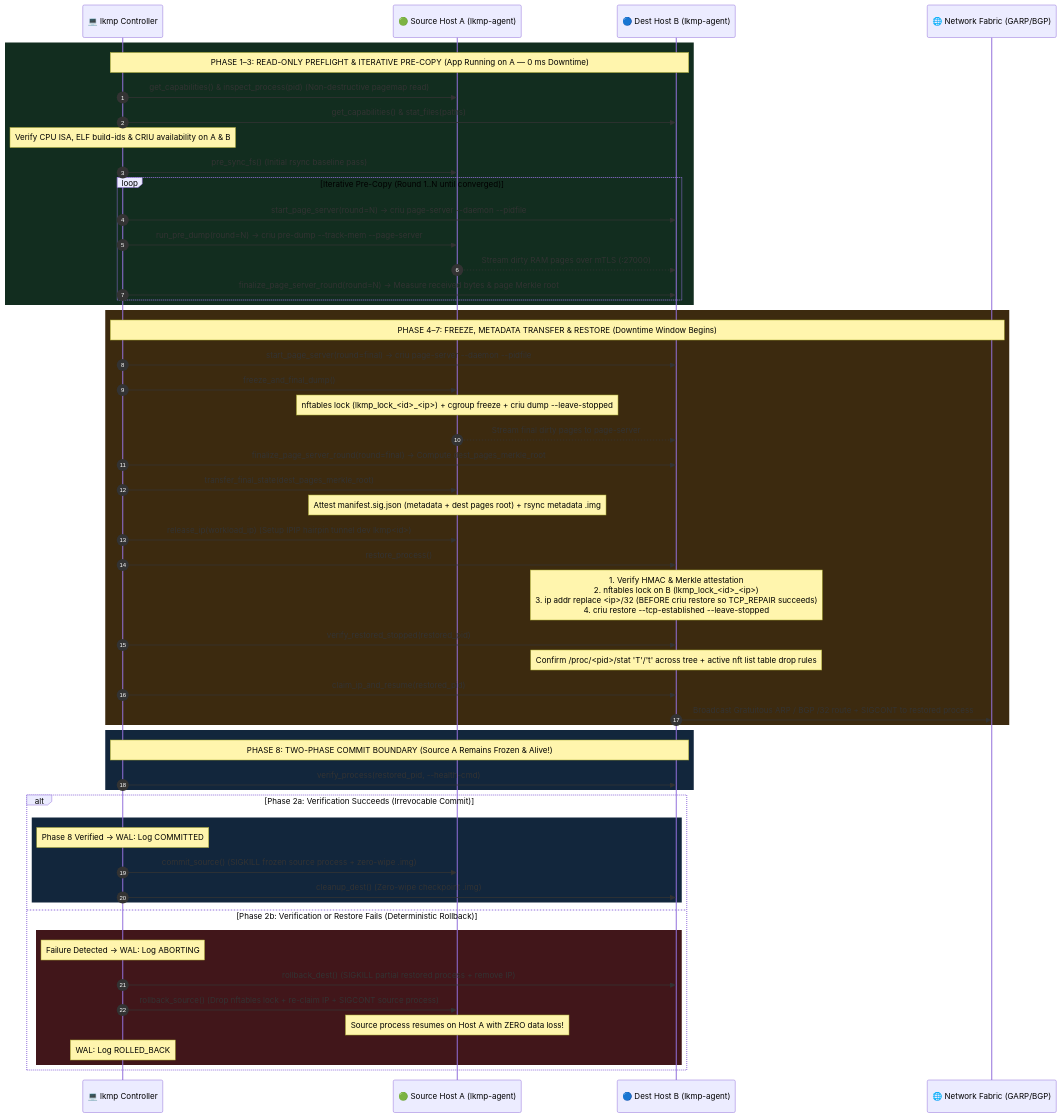
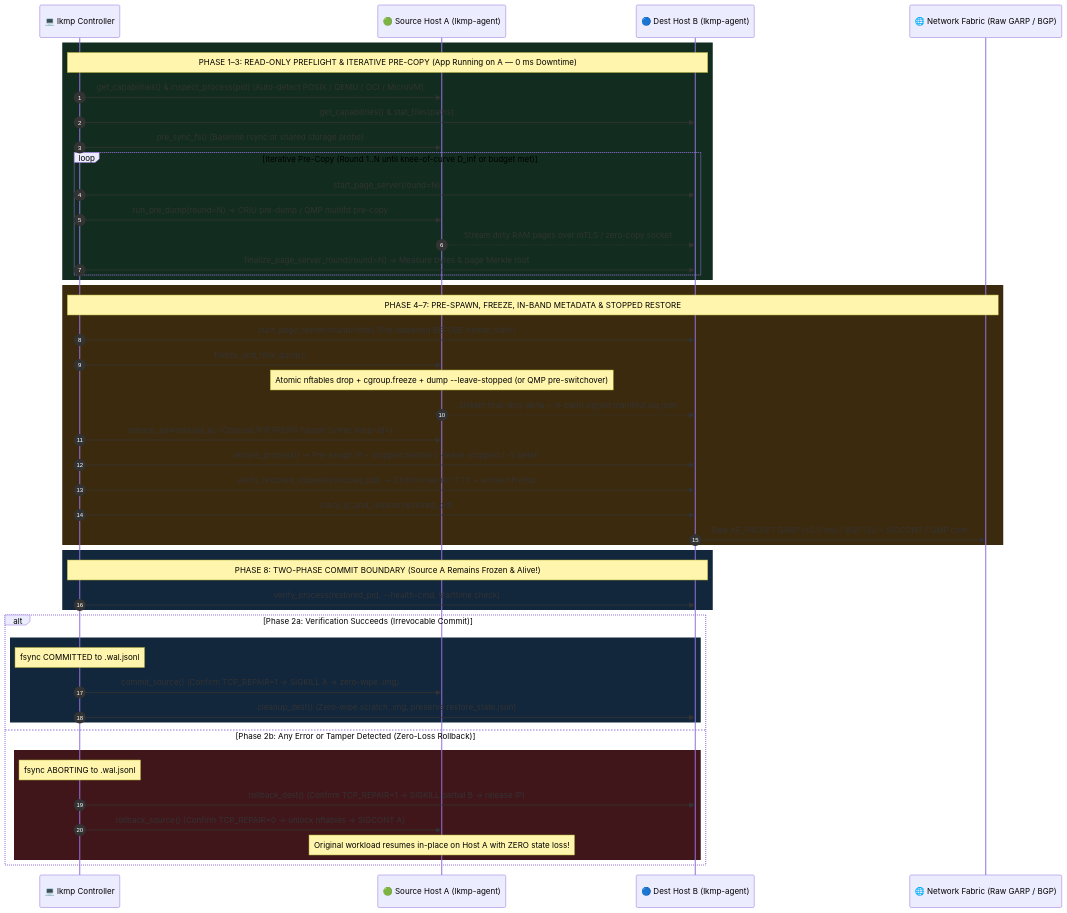
One commit to xsub/LKMP changed the diagram in README.md. Above: the diagram before and after it, drawn with Mermaid. The commit also changed other lines of this file and 9 other files, not shown here.

````diff
--- a/README.md
+++ b/README.md
@@ -122,61 +170,54 @@
 ```mermaid
 sequenceDiagram
     autonumber
     participant CLI as 💻 lkmp Controller
     participant A as 🟢 Source Host A (lkmp-agent)
     participant B as 🔵 Dest Host B (lkmp-agent)
-    participant NET as 🌐 Network Fabric (GARP/BGP)
+    participant NET as 🌐 Network Fabric (Raw GARP / BGP)
 
     rect rgb(18, 45, 31)
     Note over CLI,B: PHASE 1–3: READ-ONLY PREFLIGHT & ITERATIVE PRE-COPY (App Running on A — 0 ms Downtime)
-    CLI->>A: get_capabilities() & inspect_process(pid) (Non-destructive pagemap read)
+    CLI->>A: get_capabilities() & inspect_process(pid) (Auto-detect POSIX / QEMU / OCI / MicroVM)
     CLI->>B: get_capabilities() & stat_files(paths)
-    Note over CLI: Verify CPU ISA, ELF build-ids & CRIU availability on A & B
-    CLI->>A: pre_sync_fs() (Initial rsync baseline pass)
-    loop Iterative Pre-Copy (Round 1..N until converged)
-        CLI->>B: start_page_server(round=N) -> criu page-server --daemon --pidfile
-        CLI->>A: run_pre_dump(round=N) -> criu pre-dump --track-mem --page-server
-        A-->>B: Stream dirty RAM pages over mTLS (:27000)
-        CLI->>B: finalize_page_server_round(round=N) -> Measure received bytes & page Merkle root
+    CLI->>A: pre_sync_fs() (Baseline rsync or shared storage probe)
+    loop Iterative Pre-Copy (Round 1..N until knee-of-curve D_inf or budget met)
+        CLI->>B: start_page_server(round=N)
+        CLI->>A: run_pre_dump(round=N) -> CRIU pre-dump / QMP multifd pre-copy
+        A-->>B: Stream dirty RAM pages over mTLS / zero-copy socket
+        CLI->>B: finalize_page_server_round(round=N) -> Measure bytes & page Merkle root
     end
     end
 
     rect rgb(60, 42, 15)
-    Note over CLI,NET: PHASE 4–7: FREEZE, METADATA TRANSFER & RESTORE (Downtime Window Begins)
-    CLI->>B: start_page_server(round=final) -> criu page-server --daemon --pidfile
+    Note over CLI,NET: PHASE 4–7: PRE-SPAWN, FREEZE, IN-BAND METADATA & STOPPED RESTORE
+    CLI->>B: start_page_server(round=final) (Pre-spawned BEFORE freeze_start!)
     CLI->>A: freeze_and_final_dump()
-    Note over A: nftables lock (lkmp_lock_<id>_<ip>) + cgroup freeze + criu dump --leave-stopped
-    A-->>B: Stream final dirty pages to page-server
-    CLI->>B: finalize_page_server_round(round=final) -> Compute dest_pages_merkle_root
-    CLI->>A: transfer_final_state(dest_pages_merkle_root)
-    Note over A: Attest manifest.sig.json (metadata + dest pages root) + rsync metadata .img
-    CLI->>A: release_ip(workload_ip) (Setup IPIP hairpin tunnel dev lkmp<id>)
-    CLI->>B: restore_process()
-    Note over B: 1. Verify HMAC & Merkle attestation<br/>2. nftables lock on B (lkmp_lock_<id>_<ip>)<br/>3. ip addr replace <ip>/32 (BEFORE criu restore so TCP_REPAIR succeeds)<br/>4. criu restore --tcp-established --leave-stopped
-    CLI->>B: verify_restored_stopped(restored_pid)
-    Note over B: Confirm /proc/<pid>/stat 'T'/'t' across tree + active nft list table drop rules
+    Note over A: Atomic nftables drop + cgroup.freeze + dump --leave-stopped (or QMP pre-switchover)
+    A-->>B: Stream final dirty delta + in-band signed manifest.sig.json
+    CLI->>A: release_ip(workload_ip) (Optional IPIP/IP6IP6 hairpin tunnel lkmp<id>)
+    CLI->>B: restore_process() -> Pre-assign IP + stopped restore (--leave-stopped / -S defer)
+    CLI->>B: verify_restored_stopped(restored_pid) -> Confirm kernel 'T'/'t' + active nft drop
     CLI->>B: claim_ip_and_resume(restored_pid)
-    B->>NET: Broadcast Gratuitous ARP / BGP /32 route + SIGCONT to restored process
+    B->>NET: Raw AF_PACKET GARP (<0.5 ms) / BGP /32 + SIGCONT / QMP cont
     end
 
     rect rgb(18, 38, 60)
     Note over CLI,B: PHASE 8: TWO-PHASE COMMIT BOUNDARY (Source A Remains Frozen & Alive!)
-    CLI->>B: verify_process(restored_pid, --health-cmd)
+    CLI->>B: verify_process(restored_pid, --health-cmd, starttime check)
     end
 
     alt Phase 2a: Verification Succeeds (Irrevocable Commit)
         rect rgb(18, 38, 60)
-        Note over CLI: Phase 8 Verified -> WAL: Log COMMITTED
-        CLI->>A: commit_source() (SIGKILL frozen source process + zero-wipe .img)
-        CLI->>B: cleanup_dest() (Zero-wipe checkpoint .img)
+        Note over CLI: fsync COMMITTED to .wal.jsonl
+        CLI->>A: commit_source() (Confirm TCP_REPAIR=1 -> SIGKILL A -> zero-wipe .img)
+        CLI->>B: cleanup_dest() (Zero-wipe scratch .img, preserve restore_state.json)
         end
-    else Phase 2b: Verification or Restore Fails (Deterministic Rollback)
+    else Phase 2b: Any Error or Tamper Detected (Zero-Loss Rollback)
         rect rgb(65, 22, 26)
-        Note over CLI: Failure Detected -> WAL: Log ABORTING
-        CLI->>B: rollback_dest() (SIGKILL partial restored process + remove IP)
-        CLI->>A: rollback_source() (Drop nftables lock + re-claim IP + SIGCONT source process)
-        Note over A: Source process resumes on Host A with ZERO data loss!
-        Note over CLI: WAL: Log ROLLED_BACK
+        Note over CLI: fsync ABORTING to .wal.jsonl
+        CLI->>B: rollback_dest() (Confirm TCP_REPAIR=1 -> SIGKILL partial B -> release IP)
+        CLI->>A: rollback_source() (Confirm TCP_REPAIR=0 -> unlock nftables -> SIGCONT A)
+        Note over A: Original workload resumes in-place on Host A with ZERO state loss!
         end
     end
 ```
````
